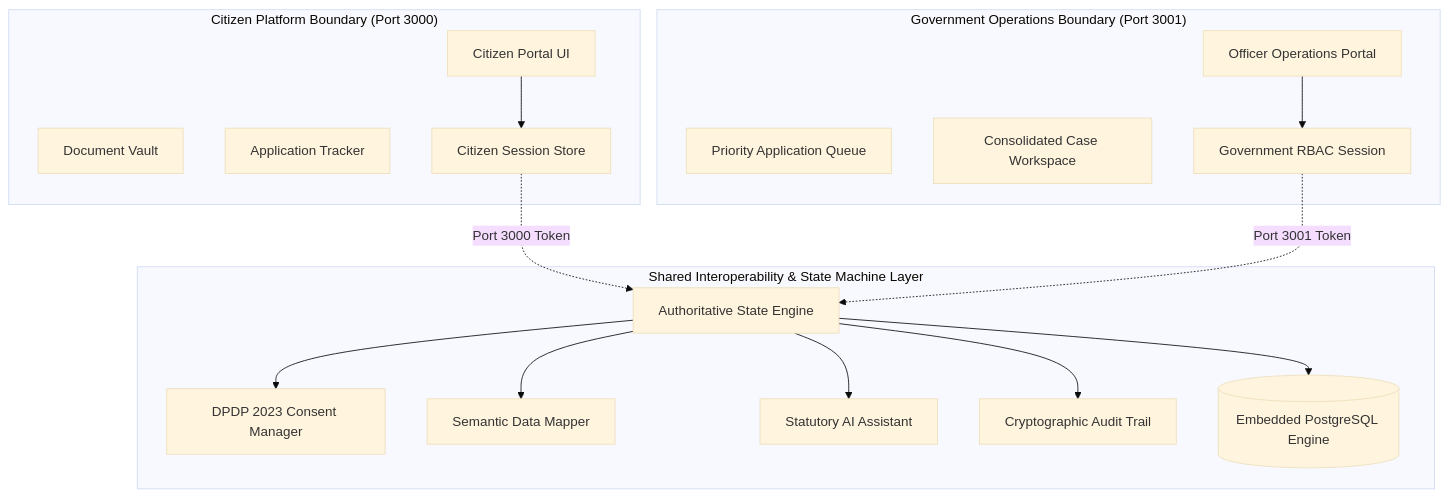
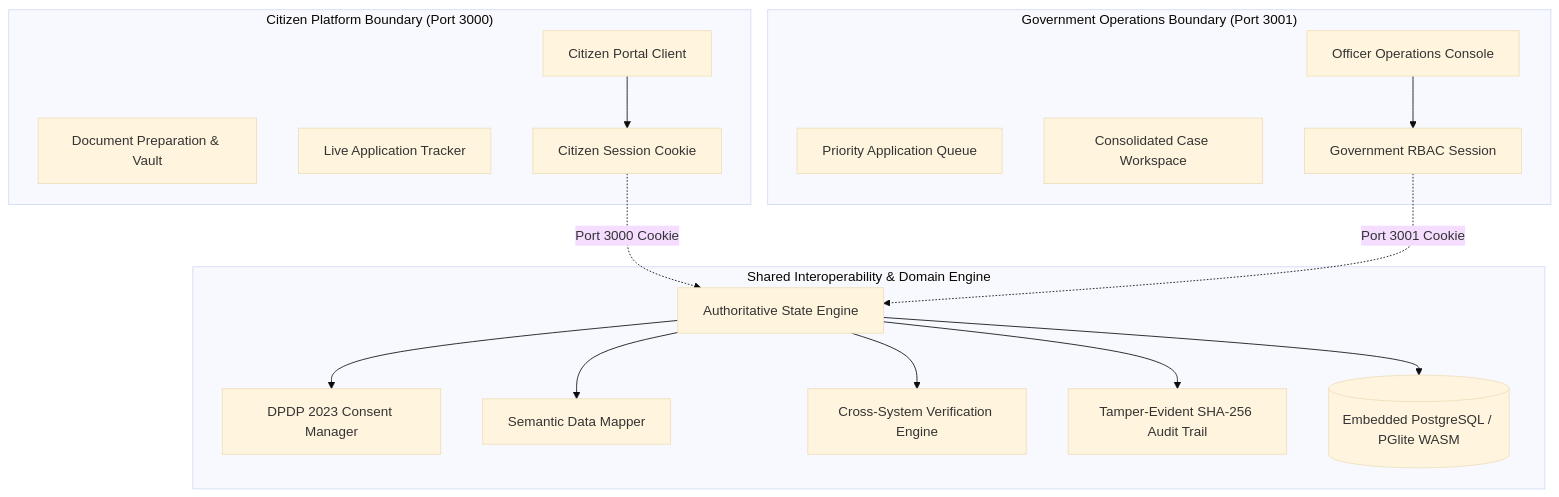
One commit to SaiSankeerth-dev/Formly changed the diagram in README.md. Above: the diagram before and after it, drawn with Mermaid (base theme). The commit also changed other lines of this file and 104 other files, not shown here.

First line of the commit message:
feat(core): implement sovereign dual-platform architecture, Supabase SSR Auth with OAuth PKCE, and 12-stage state machine

````diff
--- a/README.md
+++ b/README.md
@@ -64,35 +50,35 @@
 ```mermaid
 flowchart TB
     subgraph CITIZEN_BOUNDARY ["Citizen Platform Boundary (Port 3000)"]
-        CP[Citizen Portal UI]
-        CV[Document Vault]
-        CT[Application Tracker]
-        CS[Citizen Session Store]
+        CP[Citizen Portal Client]
+        CV[Document Preparation & Vault]
+        CT[Live Application Tracker]
+        CS[Citizen Session Cookie]
     end
 
     subgraph GOV_BOUNDARY ["Government Operations Boundary (Port 3001)"]
-        GP[Officer Operations Portal]
+        GP[Officer Operations Console]
         GQ[Priority Application Queue]
         GW[Consolidated Case Workspace]
         GS[Government RBAC Session]
     end
 
-    subgraph INTEROP_LAYER ["Shared Interoperability & State Machine Layer"]
+    subgraph INTEROP_LAYER ["Shared Interoperability & Domain Engine"]
         AUTH[Authoritative State Engine]
         CONSENT[DPDP 2023 Consent Manager]
         MAPPER[Semantic Data Mapper]
-        AI[Statutory AI Assistant]
-        AUDIT[Cryptographic Audit Trail]
-        DB[(Embedded PostgreSQL Engine)]
+        VALIDATOR[Cross-System Verification Engine]
+        AUDIT[Tamper-Evident SHA-256 Audit Trail]
+        DB[(Embedded PostgreSQL / PGlite WASM)]
     end
 
     CP --> CS
     GP --> GS
-    CS -.->|Port 3000 Token| AUTH
-    GS -.->|Port 3001 Token| AUTH
+    CS -.->|Port 3000 Cookie| AUTH
+    GS -.->|Port 3001 Cookie| AUTH
     AUTH --> CONSENT
     AUTH --> MAPPER
-    AUTH --> AI
+    AUTH --> VALIDATOR
     AUTH --> AUDIT
     AUTH --> DB
 ```
````
